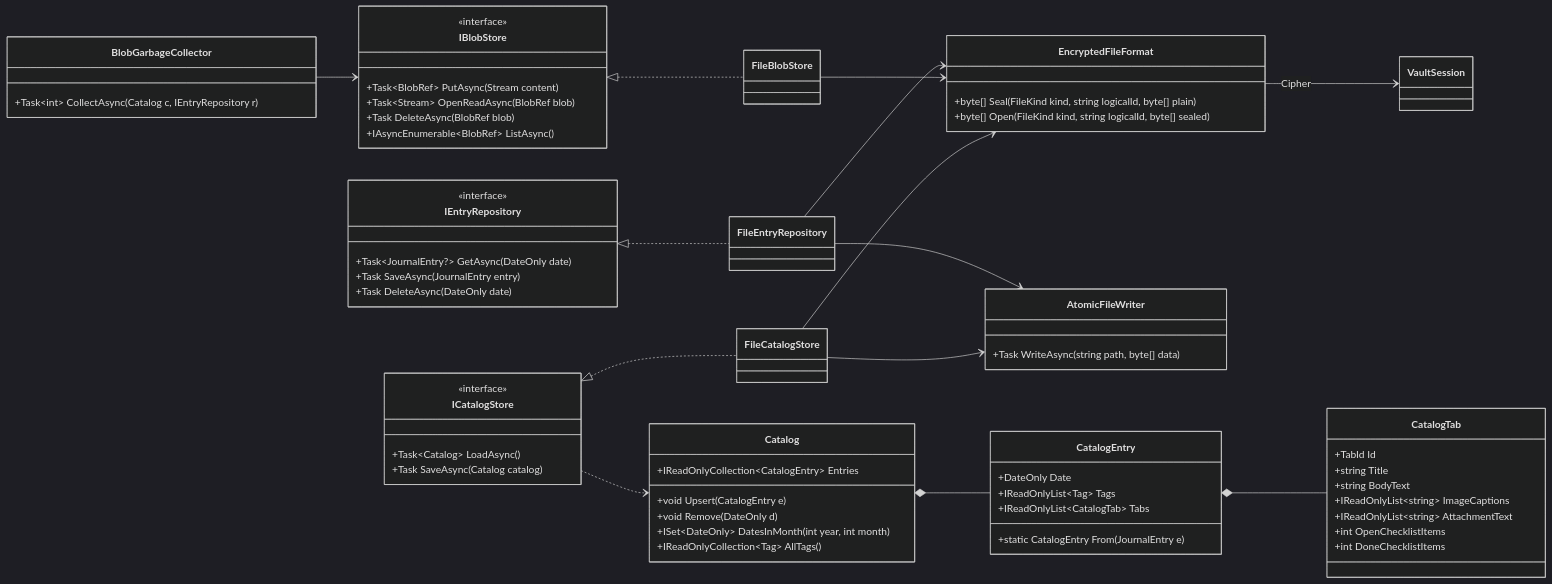
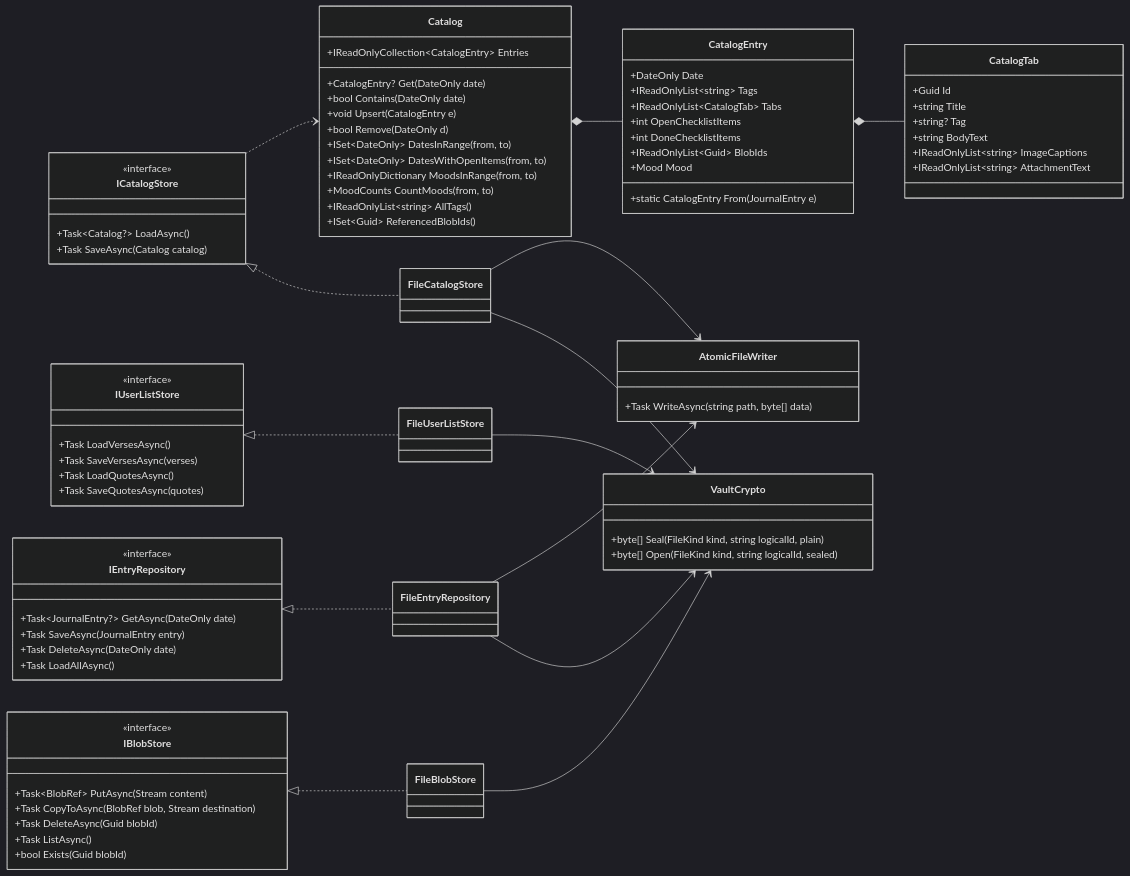
The sixth of 8 diagrams in docs/Architecture.md (johnovanni/Journal), drawn with Mermaid (dark theme) before and after one commit. The commit also changed other lines of this file and 48 other files, not shown here.

````diff
--- a/docs/Architecture.md
+++ b/docs/Architecture.md
@@ -510,67 +556,82 @@
         +Task~JournalEntry?~ GetAsync(DateOnly date)
         +Task SaveAsync(JournalEntry entry)
         +Task DeleteAsync(DateOnly date)
+        +Task LoadAllAsync()
     }
     class IBlobStore {
         <<interface>>
         +Task~BlobRef~ PutAsync(Stream content)
-        +Task~Stream~ OpenReadAsync(BlobRef blob)
-        +Task DeleteAsync(BlobRef blob)
-        +IAsyncEnumerable~BlobRef~ ListAsync()
+        +Task CopyToAsync(BlobRef blob, Stream destination)
+        +Task DeleteAsync(Guid blobId)
+        +Task ListAsync()
+        +bool Exists(Guid blobId)
     }
     class ICatalogStore {
         <<interface>>
-        +Task~Catalog~ LoadAsync()
+        +Task~Catalog?~ LoadAsync()
         +Task SaveAsync(Catalog catalog)
+    }
+    class IUserListStore {
+        <<interface>>
+        +Task LoadVersesAsync()
+        +Task SaveVersesAsync(verses)
+        +Task LoadQuotesAsync()
+        +Task SaveQuotesAsync(quotes)
     }
     class Catalog {
         +IReadOnlyCollection~CatalogEntry~ Entries
+        +CatalogEntry? Get(DateOnly date)
+        +bool Contains(DateOnly date)
         +void Upsert(CatalogEntry e)
-        +void Remove(DateOnly d)
-        +ISet~DateOnly~ DatesInMonth(int year, int month)
-        +IReadOnlyCollection~Tag~ AllTags()
+        +bool Remove(DateOnly d)
+        +ISet~DateOnly~ DatesInRange(from, to)
+        +ISet~DateOnly~ DatesWithOpenItems(from, to)
+        +IReadOnlyDictionary MoodsInRange(from, to)
+        +MoodCounts CountMoods(from, to)
+        +IReadOnlyList~string~ AllTags()
+        +ISet~Guid~ ReferencedBlobIds()
     }
     class CatalogEntry {
         +DateOnly Date
-        +IReadOnlyList~Tag~ Tags
+        +IReadOnlyList~string~ Tags
         +IReadOnlyList~CatalogTab~ Tabs
+        +int OpenChecklistItems
+        +int DoneChecklistItems
+        +IReadOnlyList~Guid~ BlobIds
+        +Mood Mood
         +static CatalogEntry From(JournalEntry e)
     }
     class CatalogTab {
-        +TabId Id
+        +Guid Id
         +string Title
+        +string? Tag
         +string BodyText
         +IReadOnlyList~string~ ImageCaptions
         +IReadOnlyList~string~ AttachmentText
-        +int OpenChecklistItems
-        +int DoneChecklistItems
     }
     class FileEntryRepository
     class FileBlobStore
     class FileCatalogStore
+    class FileUserListStore
     class AtomicFileWriter {
         +Task WriteAsync(string path, byte[] data)
     }
-    class EncryptedFileFormat {
-        +byte[] Seal(FileKind kind, string logicalId, byte[] plain)
-        +byte[] Open(FileKind kind, string logicalId, byte[] sealed)
+    class VaultCrypto {
+        +byte[] Seal(FileKind kind, string logicalId, plain)
+        +byte[] Open(FileKind kind, string logicalId, sealed)
     }
-    class BlobGarbageCollector {
-        +Task~int~ CollectAsync(Catalog c, IEntryRepository r)
-    }
-    class VaultSession
 
     IEntryRepository <|.. FileEntryRepository
     IBlobStore <|.. FileBlobStore
     ICatalogStore <|.. FileCatalogStore
-    FileEntryRepository --> EncryptedFileFormat
-    FileBlobStore --> EncryptedFileFormat
-    FileCatalogStore --> EncryptedFileFormat
+    IUserListStore <|.. FileUserListStore
+    FileEntryRepository --> VaultCrypto
+    FileBlobStore --> VaultCrypto
+    FileCatalogStore --> VaultCrypto
+    FileUserListStore --> VaultCrypto
     FileEntryRepository --> AtomicFileWriter
     FileCatalogStore --> AtomicFileWriter
-    EncryptedFileFormat --> VaultSession : Cipher
     ICatalogStore ..> Catalog
     Catalog *-- CatalogEntry
     CatalogEntry *-- CatalogTab
-    BlobGarbageCollector --> IBlobStore
 ```
````
